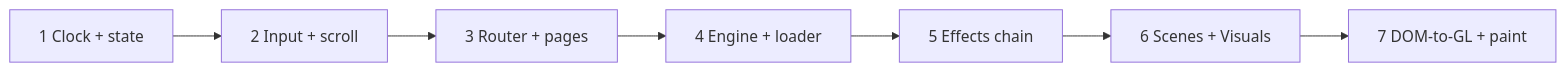
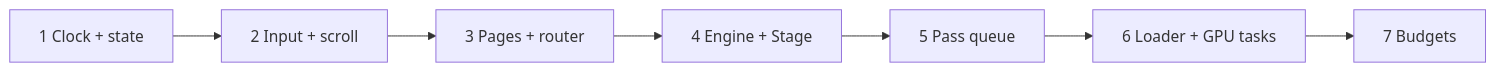
The sixth of 6 diagrams in handbook/11_system_architecture_plan_and_conceptual_model.md (shifatmasud/lusion-decoded), drawn with Mermaid before and after one commit. The commit also changed other lines of this file and 25 other files, not shown here.

````diff
--- a/handbook/11_system_architecture_plan_and_conceptual_model.md
+++ b/handbook/11_system_architecture_plan_and_conceptual_model.md
@@ -240,4 +266,4 @@
 ```mermaid
 flowchart LR
-  A["1 Clock + state"] --> B["2 Input + scroll"] --> C["3 Router + pages"] --> D["4 Engine + loader"] --> E["5 Effects chain"] --> F["6 Scenes + Visuals"] --> G["7 DOM-to-GL + paint"]
+  A["1 Clock + state"] --> B["2 Input + scroll"] --> C["3 Pages + router"] --> D["4 Engine + Stage"] --> E["5 Pass queue"] --> F["6 Loader + GPU tasks"] --> G["7 Budgets"]
 ```
````
